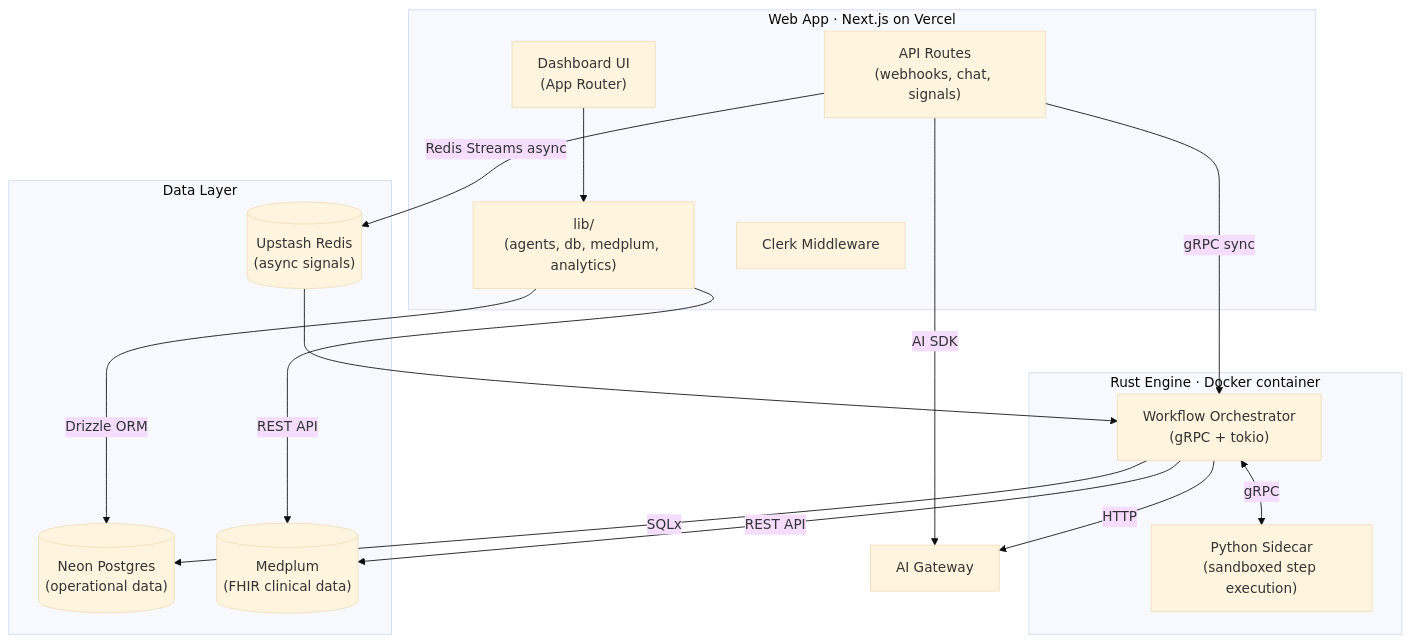
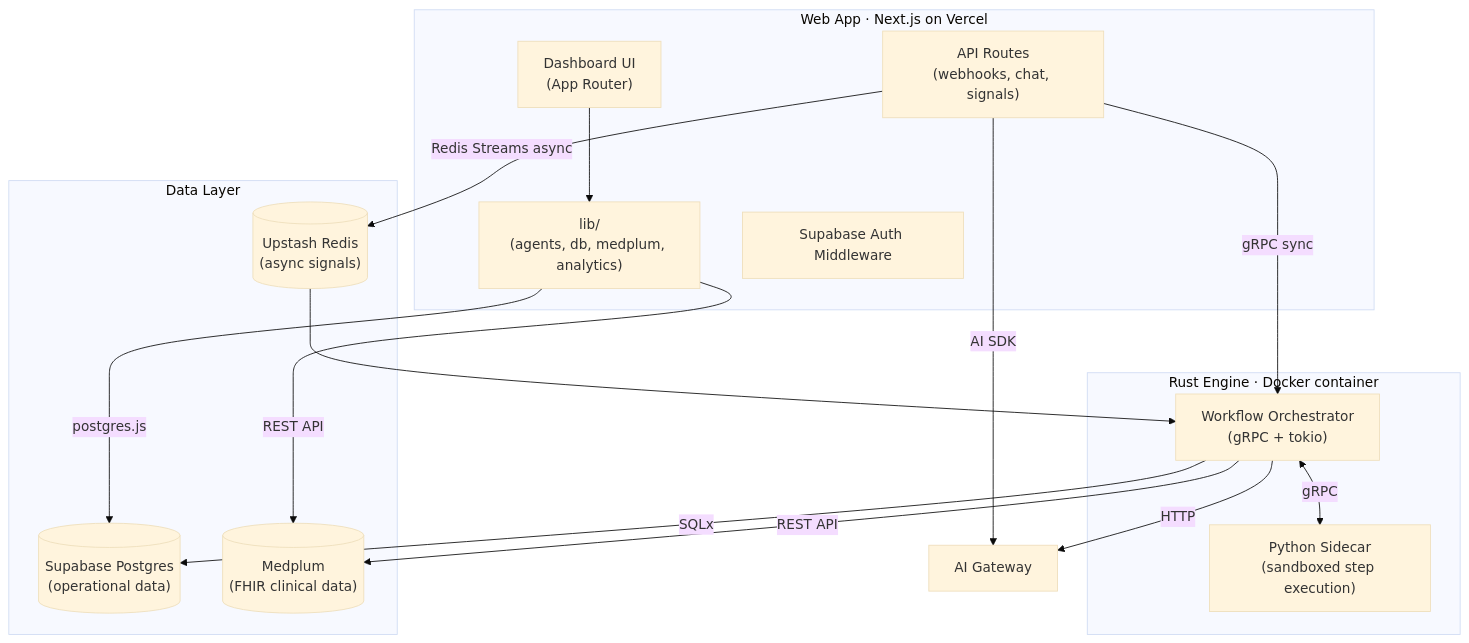
The diagram in README.md (Stoa-Medical/Portico), drawn with Mermaid (base theme) before and after one commit. The commit also changed other lines of this file and 100 other files, not shown here.

````diff
--- a/README.md
+++ b/README.md
@@ -11,32 +11,32 @@
 ```mermaid
 graph TB
     subgraph "Web App · Next.js on Vercel"
         UI["Dashboard UI<br/>(App Router)"]
         API["API Routes<br/>(webhooks, chat, signals)"]
         LIB["lib/<br/>(agents, db, medplum, analytics)"]
-        MW["Clerk Middleware"]
+        MW["Supabase Auth Middleware"]
     end
 
     subgraph "Rust Engine · Docker container"
         ENG["Workflow Orchestrator<br/>(gRPC + tokio)"]
         PY["Python Sidecar<br/>(sandboxed step execution)"]
         ENG <-->|gRPC| PY
     end
 
     subgraph "Data Layer"
-        NEON[("Neon Postgres<br/>(operational data)")]
+        SUPA[("Supabase Postgres<br/>(operational data)")]
         MED[("Medplum<br/>(FHIR clinical data)")]
         REDIS[("Upstash Redis<br/>(async signals)")]
     end
 
     UI --> LIB
     API -->|gRPC sync| ENG
     API -->|Redis Streams async| REDIS
     REDIS --> ENG
-    ENG -->|SQLx| NEON
+    ENG -->|SQLx| SUPA
     ENG -->|REST API| MED
-    LIB -->|Drizzle ORM| NEON
+    LIB -->|postgres.js| SUPA
     LIB -->|REST API| MED
     ENG -->|HTTP| AIGW["AI Gateway"]
     API -->|AI SDK| AIGW
 ```
````
